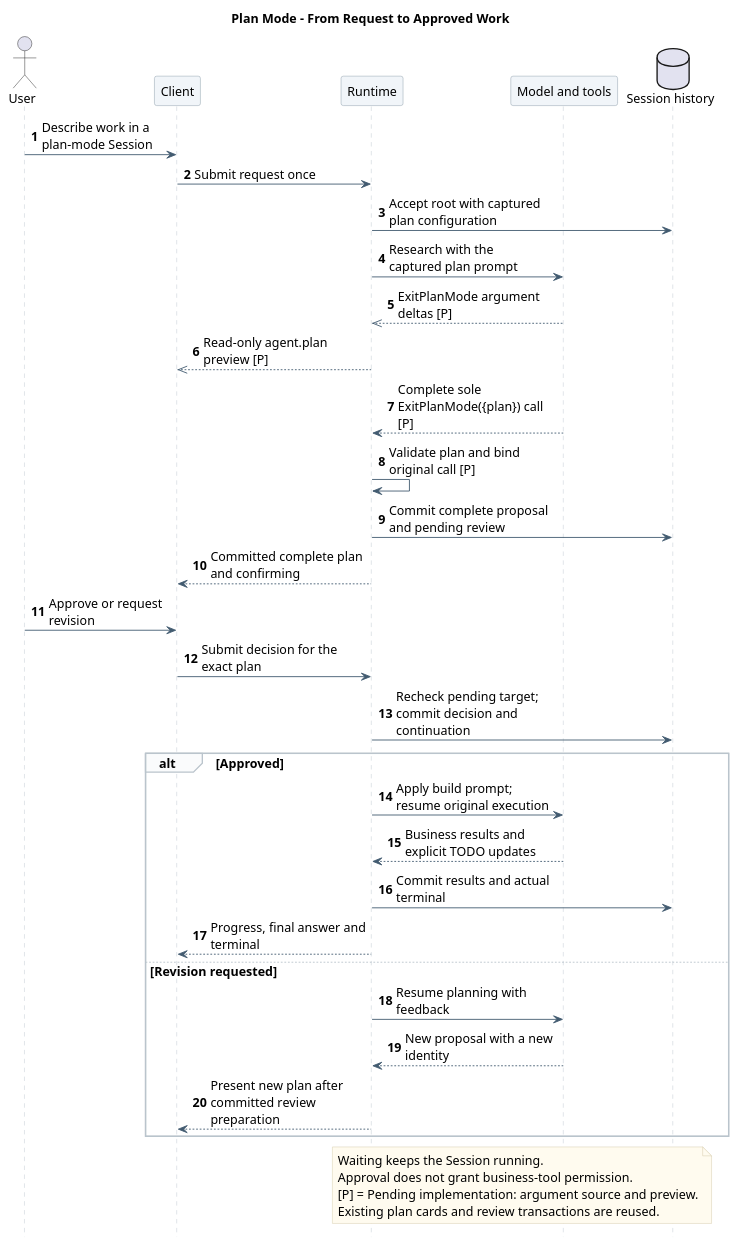
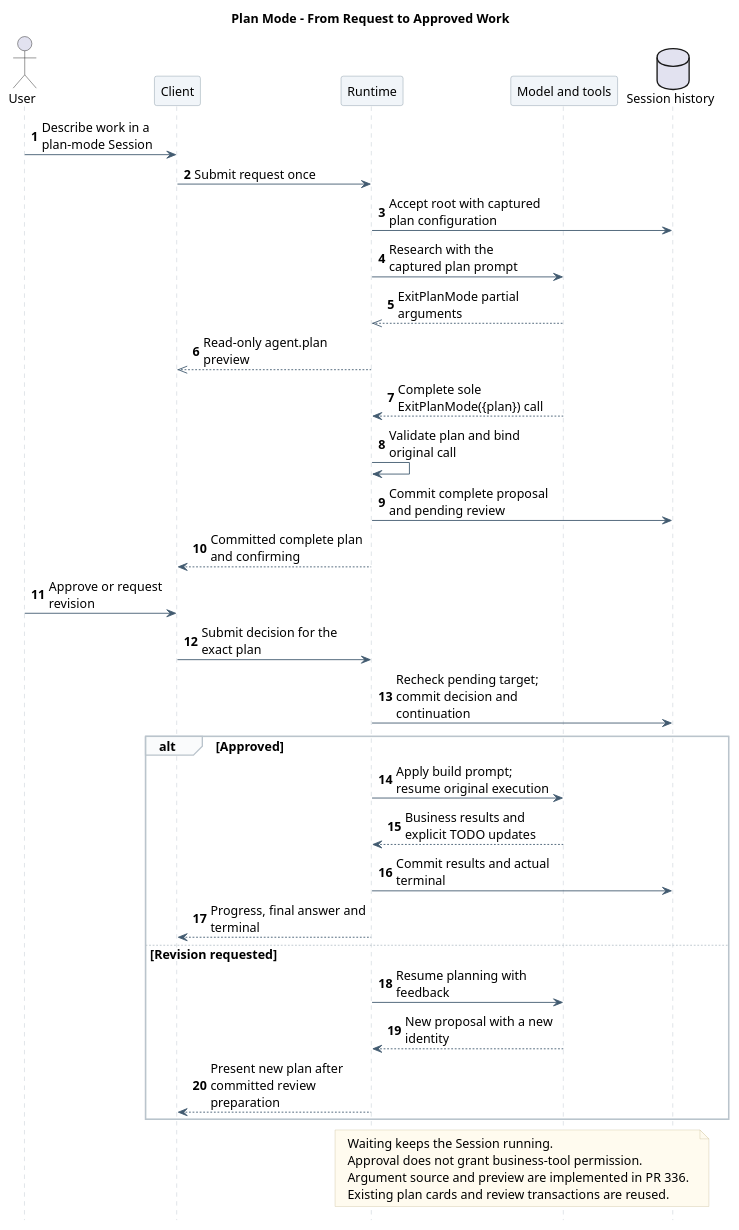
The fifth of 7 diagrams in 01-总体架构/06-CampusClaw计划模式/diagram.puml (ssm0808/pi-mono-java-design), drawn with PlantUML before and after one commit. The commit also changed other lines of this file and 22 other files, not shown here.

```diff
--- a/01-总体架构/06-CampusClaw计划模式/diagram.puml
+++ b/01-总体架构/06-CampusClaw计划模式/diagram.puml
@@ -528,70 +533,70 @@
 @startuml plan_mode_end_to_end
 ' Plan source change checked 2026-09-28: Java 553dcd5e2ff682f9684810a043b442b37a02e54a.
 ' Source: modules/coding-agent-cli/src/main/java/com/campusclaw/codingagent/runtimeapi/event/RuntimeEventProjector.java :: beginPlanReview, finishConfirmingOutput.
 ' Design reason: change the proposal source to the plan argument; keep existing review and continuation authority.
 ' Source baseline: pi-mono-java 09b32d8ea4a4b43b34be302d8b2745bdc417c9a2.
 ' Source: modules/coding-agent-cli/src/main/java/com/campusclaw/codingagent/session/AgentSessionFactory.java :: create, configureAgent.
 ' Source: modules/coding-agent-cli/src/main/java/com/campusclaw/codingagent/runtimeapi/event/RuntimeMessageEventService.java :: prepare, accept, startAccepted.
 ' Source: modules/coding-agent-cli/src/main/java/com/campusclaw/codingagent/runtimeapi/event/RuntimeEventProjector.java :: persistToolResults.
 ' Source: frontend/src/composables/useRuntimeApi.ts :: loadHistory, consume.
 ' Historical DeepSeek baseline: 0a53fb55bea101816fa226bb964ae2bed71c343b (alpha).
 ' Source: packages/preset/agent-presets/presets/standard/agent.cordis.yml :: planning section; no research TODOs.
 ' Source: packages/todo/tool-todo/src/index.ts :: DESCRIPTION_TAIL; immediate completion updates.
 ' Claude managed-agents/tools and events-and-streaming checked 2026-09-14 (beta).
 ' Observed behavior: generic tool results are committed before stream output at batch end.
 ' Design reason: separate plan review from build progress and reuse existing public tool events.
 ' Observed at 8c5fda1d: per-Agent mode overrides and execution snapshots are implemented; see source-evidence.md section 12.
 ' Presentation: one responsibility-level scenario; implementation details remain in the linked document.
 skinparam backgroundColor white
 skinparam defaultFontName SansSerif
 skinparam defaultFontSize 14
 skinparam shadowing false
 skinparam sequenceMessageAlign left
 skinparam maxMessageSize 180
 skinparam sequenceArrowColor #425B70
 skinparam sequenceLifeLineBorderColor #BAC4CC
 skinparam sequenceParticipantBackgroundColor #F1F5F9
 skinparam sequenceParticipantBorderColor #8496A4
 skinparam sequenceGroupBackgroundColor #FAFBFC
 skinparam sequenceGroupBorderColor #BAC4CC
 skinparam noteBackgroundColor #FFFBEF
 skinparam noteBorderColor #D2C6A5
 hide footbox
 autonumber
 
 title Plan Mode - From Request to Approved Work
 actor User
 participant Client
 participant "Runtime" as Runtime
 participant "Model and tools" as Agent
 database "Session history" as DB
 User -> Client : Describe work in a plan-mode Session
 Client -> Runtime : Submit request once
 Runtime -> DB : Accept root with captured plan configuration
 Runtime -> Agent : Research with the captured plan prompt
-Agent -->> Runtime : ExitPlanMode argument deltas [P]
-Runtime -->> Client : Read-only agent.plan preview [P]
-Agent --> Runtime : Complete sole ExitPlanMode({plan}) call [P]
-Runtime -> Runtime : Validate plan and bind original call [P]
+Agent -->> Runtime : ExitPlanMode partial arguments
+Runtime -->> Client : Read-only agent.plan preview
+Agent --> Runtime : Complete sole ExitPlanMode({plan}) call
+Runtime -> Runtime : Validate plan and bind original call
 Runtime -> DB : Commit complete proposal and pending review
 Runtime --> Client : Committed complete plan and confirming
 User -> Client : Approve or request revision
 Client -> Runtime : Submit decision for the exact plan
 Runtime -> DB : Recheck pending target; commit decision and continuation
 alt Approved
   Runtime -> Agent : Apply build prompt; resume original execution
   Agent --> Runtime : Business results and explicit TODO updates
   Runtime -> DB : Commit results and actual terminal
   Runtime --> Client : Progress, final answer and terminal
 else Revision requested
   Runtime -> Agent : Resume planning with feedback
   Agent --> Runtime : New proposal with a new identity
   Runtime --> Client : Present new plan after committed review preparation
 end
 note over Runtime,DB
   Waiting keeps the Session running.
   Approval does not grant business-tool permission.
-  [P] = Pending implementation: argument source and preview.
+  Argument source and preview are implemented in PR 336.
   Existing plan cards and review transactions are reused.
 end note
 @enduml
```
